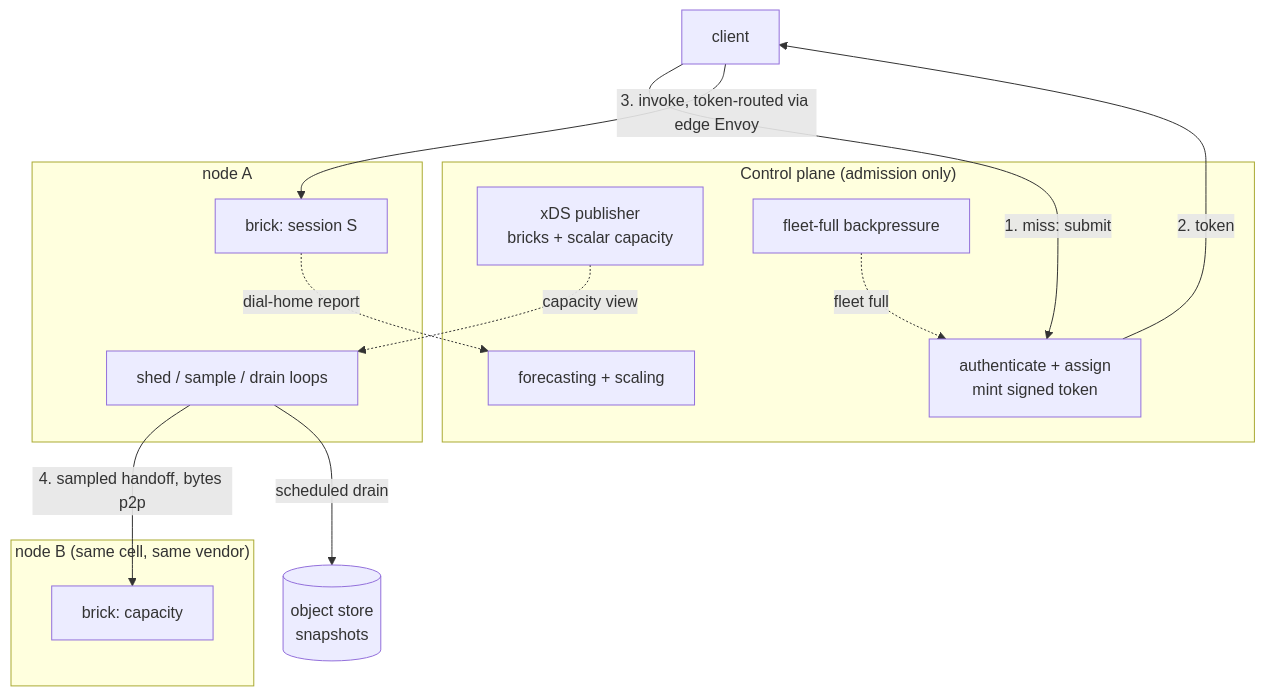
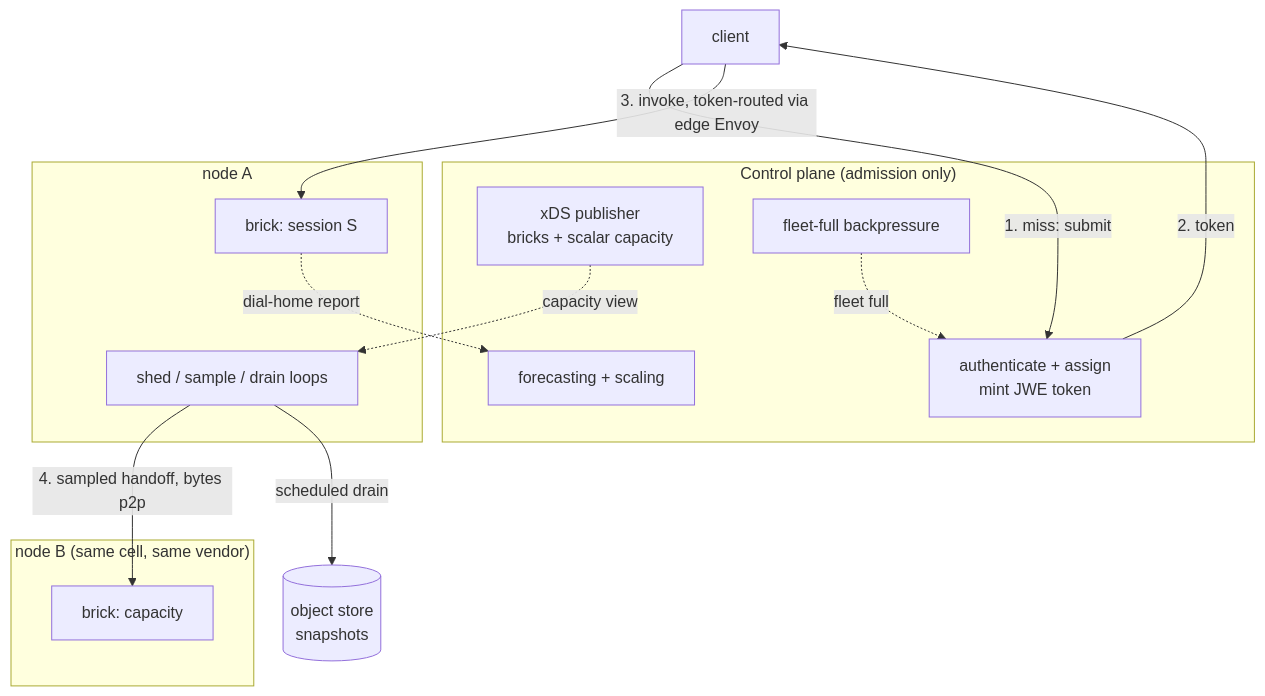
Before and after one commit to jomcgi-org/homelab: the diagram in docs/decisions/embervm/020-admission-control-plane-token-routing-peer-redistribution.md, drawn with Mermaid. The commit also changed other lines of this file and 12 other files, not shown here.

````diff
--- a/docs/decisions/embervm/020-admission-control-plane-token-routing-peer-redistribution.md
+++ b/docs/decisions/embervm/020-admission-control-plane-token-routing-peer-redistribution.md
@@ -105,31 +105,31 @@
 ```mermaid
 graph TB
     CLIENT[client]
 
     subgraph cp["Control plane (admission only)"]
-        AUTH["authenticate + assign<br/>mint signed token"]
+        AUTH["authenticate + assign<br/>mint JWE token"]
         FCAST["forecasting + scaling"]
         XDS["xDS publisher<br/>bricks + scalar capacity"]
         BP["fleet-full backpressure"]
     end
 
     subgraph n1["node A"]
         BA["brick: session S"]
         PA["shed / sample / drain loops"]
     end
 
     subgraph n2["node B (same cell, same vendor)"]
         BB["brick: capacity"]
     end
 
     OBJ[("object store<br/>snapshots")]
 
     CLIENT -->|"1. miss: submit"| AUTH
     AUTH -->|"2. token"| CLIENT
     CLIENT -->|"3. invoke, token-routed via edge Envoy"| BA
     XDS -.->|capacity view| PA
     PA -->|"4. sampled handoff, bytes p2p"| BB
     PA -->|"scheduled drain"| OBJ
     BA -.->|dial-home report| FCAST
     BP -.->|fleet full| AUTH
 ```
````
